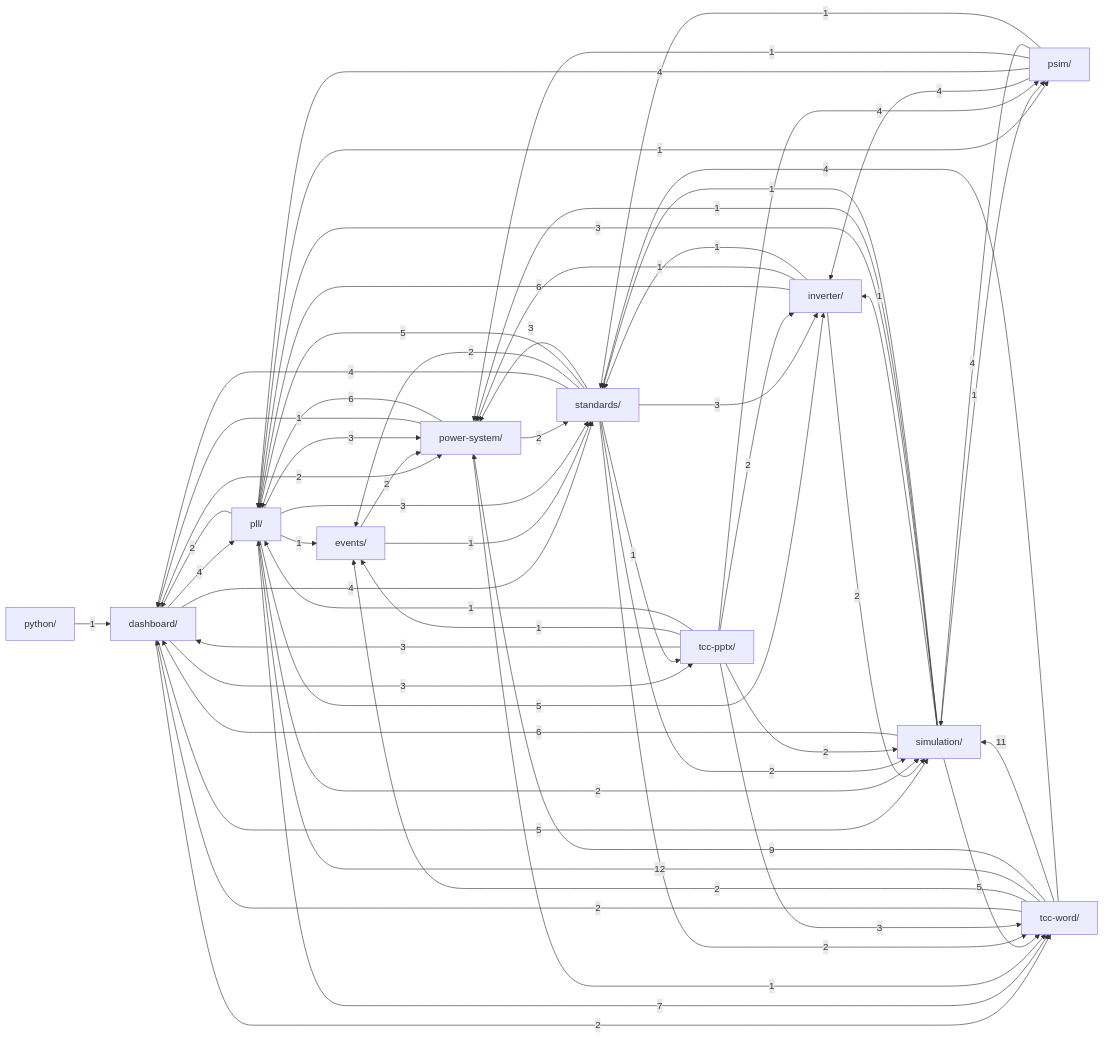
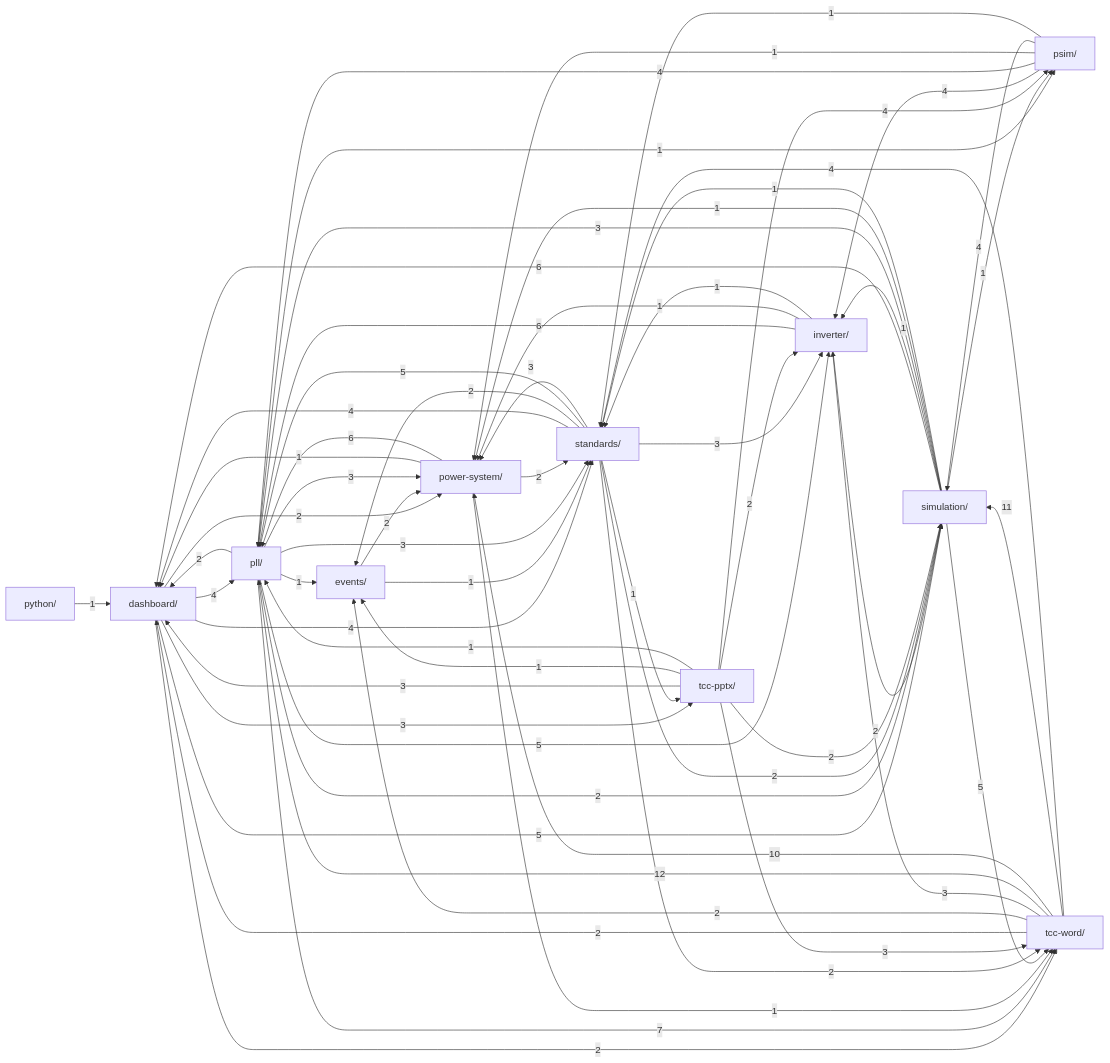
One commit to GGHB0/pll_stability_9bus changed the diagram in .claude/kb/grafo.md. Above: the diagram before and after it, drawn with Mermaid. The commit also changed 5 other files, not shown here.

Commit message:
Record the Figure 2.2 delivery (LCL plant) in the TCC delivery history

````diff
--- a/.claude/kb/grafo.md
+++ b/.claude/kb/grafo.md
@@ -12,72 +12,73 @@
 ```mermaid
 graph LR
     dashboard["dashboard/"]
     events["events/"]
     inverter["inverter/"]
     pll["pll/"]
     power_system["power-system/"]
     psim["psim/"]
     python["python/"]
     simulation["simulation/"]
     standards["standards/"]
     tcc_pptx["tcc-pptx/"]
     tcc_word["tcc-word/"]
     dashboard -->|4| pll
     dashboard -->|2| power_system
     dashboard -->|5| simulation
     dashboard -->|4| standards
     dashboard -->|3| tcc_pptx
     dashboard -->|2| tcc_word
     events -->|2| power_system
     events -->|1| standards
     inverter -->|6| pll
     inverter -->|1| power_system
     inverter -->|2| simulation
     inverter -->|1| standards
     pll -->|2| dashboard
     pll -->|1| events
     pll -->|5| inverter
     pll -->|3| power_system
     pll -->|1| psim
     pll -->|2| simulation
     pll -->|3| standards
     pll -->|7| tcc_word
     power_system -->|1| dashboard
     power_system -->|6| pll
     power_system -->|2| standards
     power_system -->|1| tcc_word
     psim -->|4| inverter
     psim -->|4| pll
     psim -->|1| power_system
     psim -->|4| simulation
     psim -->|1| standards
     python -->|1| dashboard
     simulation -->|6| dashboard
     simulation -->|1| inverter
     simulation -->|3| pll
     simulation -->|1| power_system
     simulation -->|1| psim
     simulation -->|1| standards
     simulation -->|5| tcc_word
     standards -->|4| dashboard
     standards -->|2| events
     standards -->|3| inverter
     standards -->|5| pll
     standards -->|3| power_system
     standards -->|2| simulation
     standards -->|1| tcc_pptx
     standards -->|2| tcc_word
     tcc_pptx -->|3| dashboard
     tcc_pptx -->|1| events
     tcc_pptx -->|2| inverter
     tcc_pptx -->|1| pll
     tcc_pptx -->|4| psim
     tcc_pptx -->|2| simulation
     tcc_pptx -->|3| tcc_word
     tcc_word -->|2| dashboard
     tcc_word -->|2| events
+    tcc_word -->|3| inverter
     tcc_word -->|12| pll
-    tcc_word -->|9| power_system
+    tcc_word -->|10| power_system
     tcc_word -->|11| simulation
     tcc_word -->|4| standards
 ```
````
